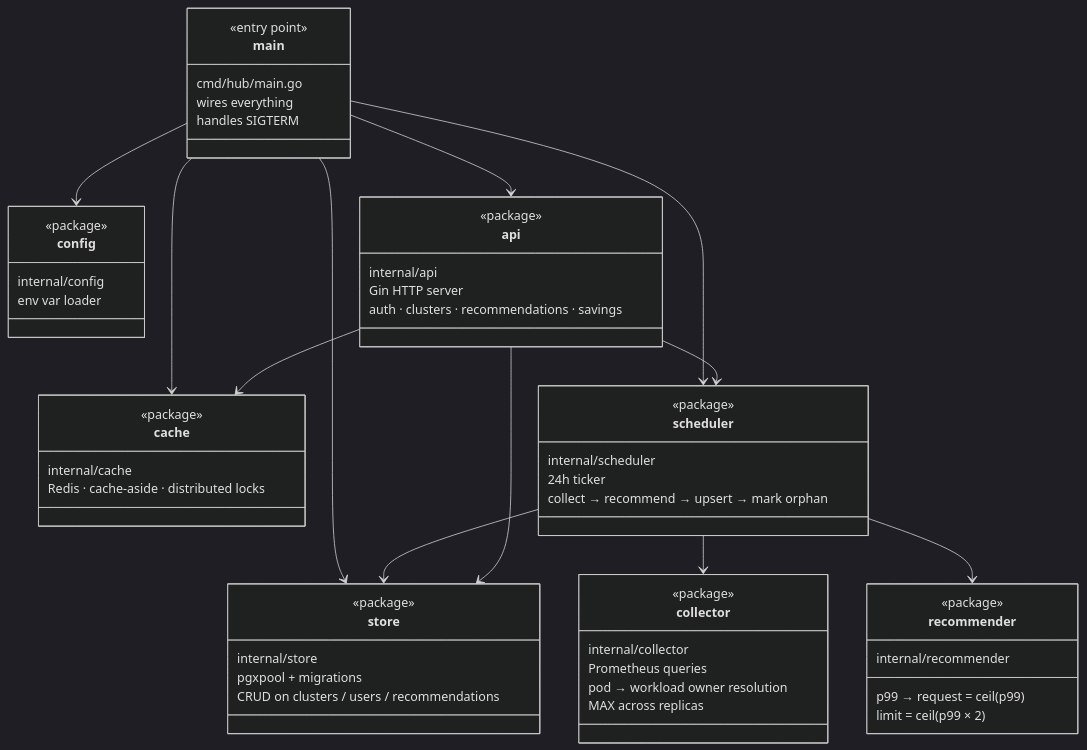
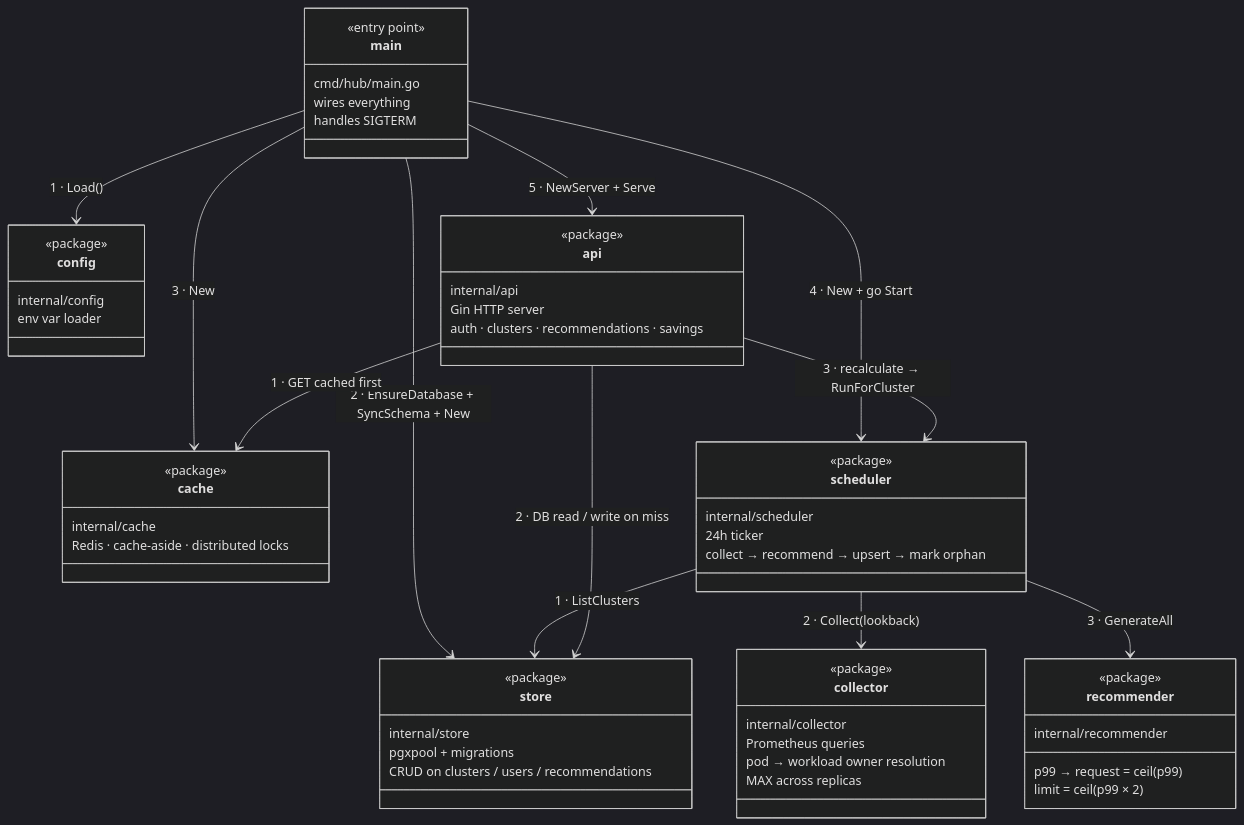
The diagram in docs/code-map.md (RISHABH1270/PodOptix), drawn with Mermaid (dark theme) before and after one commit.

Commit message:
docs(code-map): number arrows by call sequence from each origin
main: 1 config → 2 store → 3 cache → 4 scheduler → 5 api
scheduler: 1 ListClusters → 2 Collect → 3 GenerateAll (then back to store)
api: 1 cache-first → 2 store on miss → 3 scheduler for recalc

Numbers restart per origin box so the sequence inside each caller is
easy to follow.

````diff
--- a/docs/code-map.md
+++ b/docs/code-map.md
@@ -3,73 +3,73 @@
 ```mermaid
 classDiagram
     direction TB
 
     class main {
         <<entry point>>
         cmd/hub/main.go
         wires everything
         handles SIGTERM
     }
 
     class config {
         <<package>>
         internal/config
         env var loader
     }
 
     class store {
         <<package>>
         internal/store
         pgxpool + migrations
         CRUD on clusters / users / recommendations
     }
 
     class cache {
         <<package>>
         internal/cache
         Redis · cache-aside · distributed locks
     }
 
     class collector {
         <<package>>
         internal/collector
         Prometheus queries
         pod → workload owner resolution
         MAX across replicas
     }
 
     class recommender {
         <<package>>
         internal/recommender
         p99 → request = ceil(p99)
         limit = ceil(p99 × 2)
     }
 
     class scheduler {
         <<package>>
         internal/scheduler
         24h ticker
         collect → recommend → upsert → mark orphan
     }
 
     class api {
         <<package>>
         internal/api
         Gin HTTP server
         auth · clusters · recommendations · savings
     }
 
-    main --> config
-    main --> store
-    main --> cache
-    main --> scheduler
-    main --> api
+    main --> config : 1 · Load()
+    main --> store : 2 · EnsureDatabase + SyncSchema + New
+    main --> cache : 3 · New
+    main --> scheduler : 4 · New + go Start
+    main --> api : 5 · NewServer + Serve
 
-    scheduler --> store
-    scheduler --> collector
-    scheduler --> recommender
+    scheduler --> store : 1 · ListClusters
+    scheduler --> collector : 2 · Collect(lookback)
+    scheduler --> recommender : 3 · GenerateAll
 
-    api --> store
-    api --> cache
-    api --> scheduler
+    api --> cache : 1 · GET cached first
+    api --> store : 2 · DB read / write on miss
+    api --> scheduler : 3 · recalculate → RunForCluster
 ```
````
